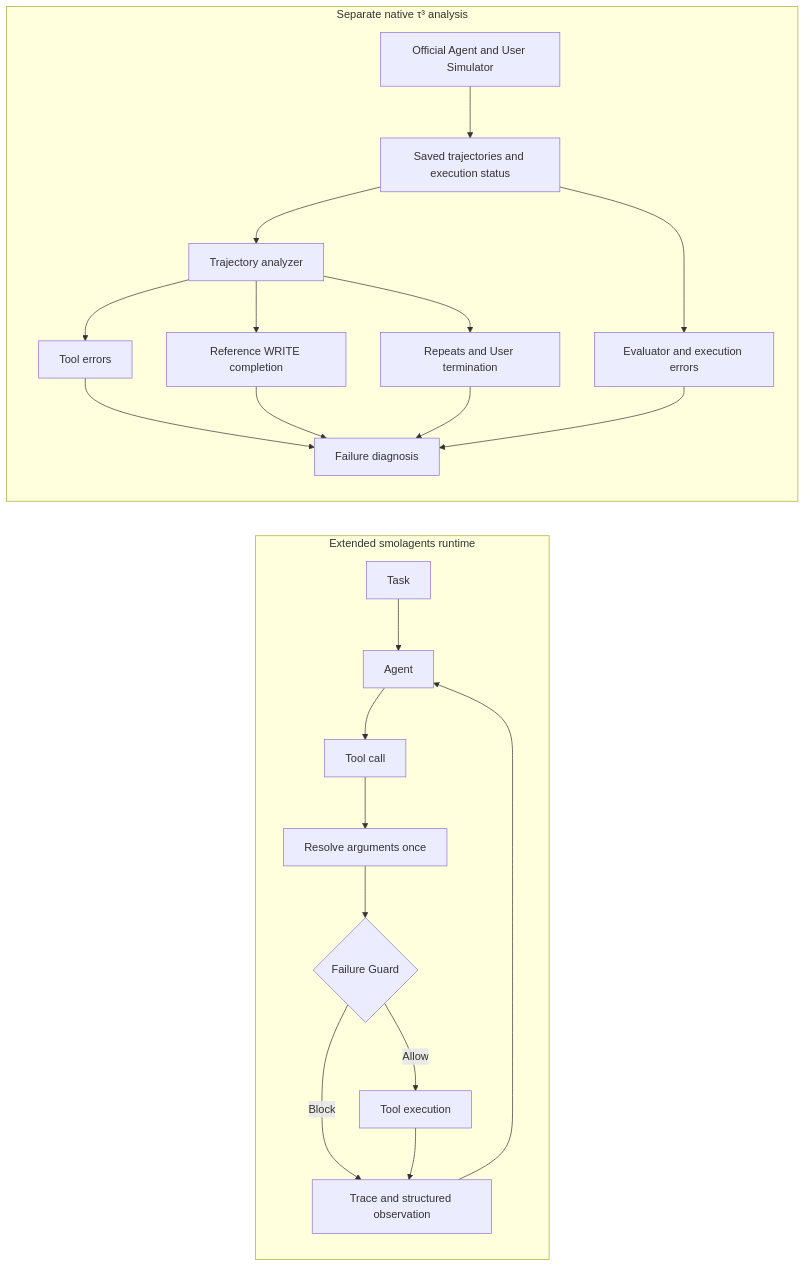
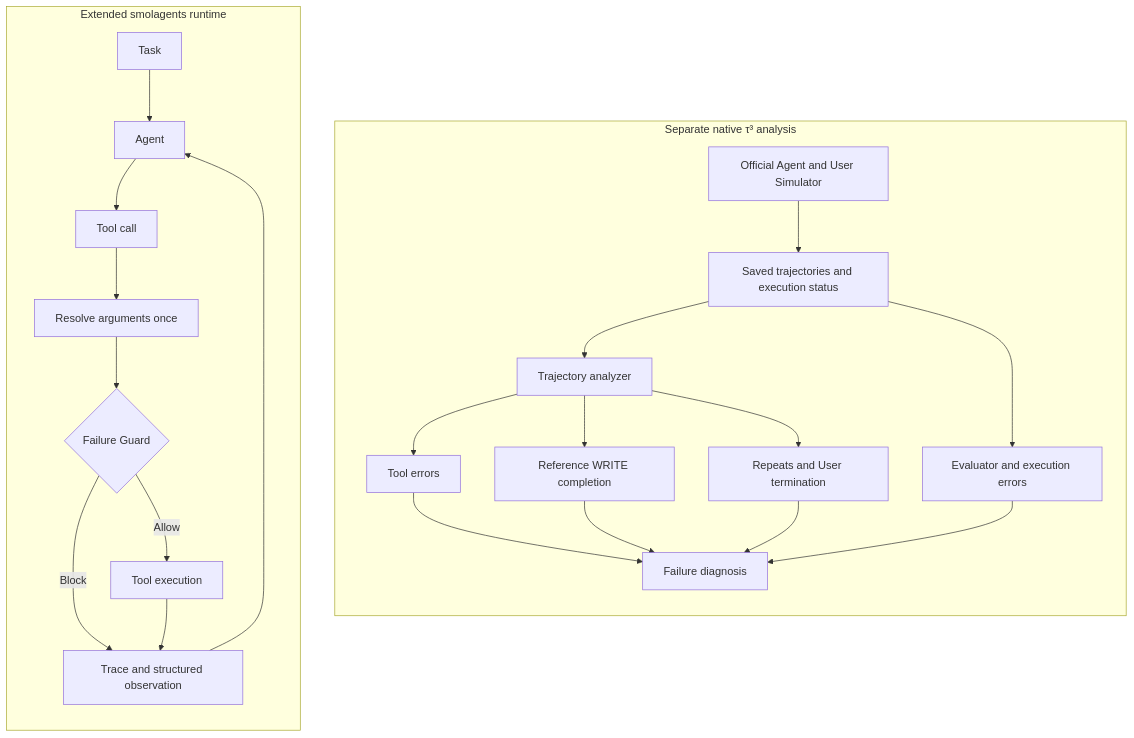
The diagram in README.md (Kk111777/ReliableToolAgent), drawn with Mermaid before and after one commit. The commit also changed 1 other file, not shown here.

Commit message:
docs: align independent workflows side by side

````diff
--- a/README.md
+++ b/README.md
@@ -60,27 +60,28 @@
 ```mermaid
 flowchart LR
     subgraph Runtime[Extended smolagents runtime]
         direction TB
         T[Task] --> A[Agent]
         A --> C[Tool call]
         C --> R[Resolve arguments once]
         R --> G{Failure Guard}
         G -->|Allow| E[Tool execution]
         G -->|Block| O[Trace and structured observation]
         E --> O
         O --> A
     end
     subgraph Retail[Separate native τ³ analysis]
         direction TB
         N[Official Agent and User Simulator] --> S[Saved trajectories and execution status]
         S --> D[Trajectory analyzer]
         D --> F[Tool errors]
         D --> W[Reference WRITE completion]
         D --> X[Repeats and User termination]
         F --> B[Failure diagnosis]
         W --> B
         X --> B
         S --> V[Evaluator and execution errors]
         V --> B
     end
+    Runtime ~~~ Retail
 ```
````
